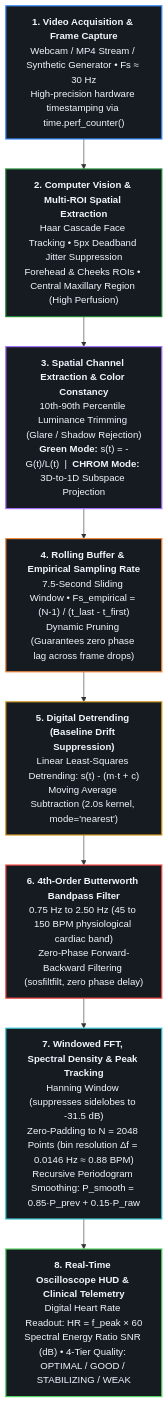
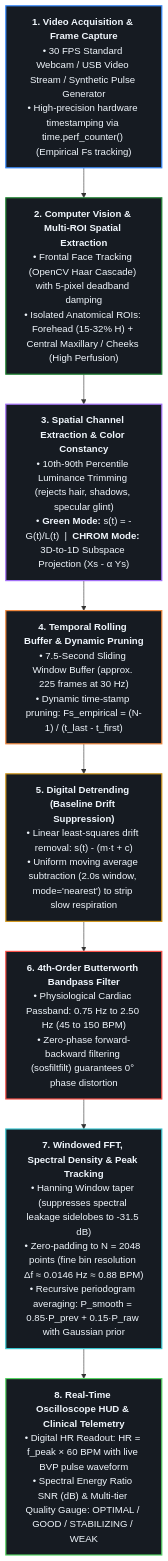
The diagram in README.md (suryasenthilr/rPPG-HeartRate-DSP), drawn with Mermaid before and after one commit. The commit also changed other lines of this file and 3 other files, not shown here.

Commit message:
docs: streamline pipeline diagrams into standalone rich Mermaid flowcharts and remove repetitive PNG

````diff
--- a/README.md
+++ b/README.md
@@ -38,22 +34,22 @@
 ```mermaid
 graph TD
     classDef input fill:#161b22,stroke:#388bfd,stroke-width:2px,color:#f0f6fc;
     classDef cv fill:#161b22,stroke:#238636,stroke-width:2px,color:#f0f6fc;
     classDef spatial fill:#161b22,stroke:#a371f7,stroke-width:2px,color:#f0f6fc;
     classDef buffer fill:#161b22,stroke:#f0883e,stroke-width:2px,color:#f0f6fc;
     classDef detrend fill:#161b22,stroke:#d29922,stroke-width:2px,color:#f0f6fc;
     classDef filter fill:#161b22,stroke:#f85149,stroke-width:2px,color:#f0f6fc;
     classDef spectral fill:#161b22,stroke:#39c5cf,stroke-width:2px,color:#f0f6fc;
     classDef output fill:#161b22,stroke:#56d364,stroke-width:2px,color:#f0f6fc;
 
-    S1["<b>1. Video Acquisition & Frame Capture</b><br/>Webcam / MP4 Stream / Synthetic Generator &bull; Fs ≈ 30 Hz<br/>High-precision hardware timestamping via time.perf_counter()"]:::input
-    S2["<b>2. Computer Vision & Multi-ROI Spatial Extraction</b><br/>Haar Cascade Face Tracking &bull; 5px Deadband Jitter Suppression<br/>Forehead & Cheeks ROIs &bull; Central Maxillary Region (High Perfusion)"]:::cv
-    S3["<b>3. Spatial Channel Extraction & Color Constancy</b><br/>10th-90th Percentile Luminance Trimming (Glare / Shadow Rejection)<br/><b>Green Mode:</b> s(t) = -G(t)/L(t) &nbsp;|&nbsp; <b>CHROM Mode:</b> 3D-to-1D Subspace Projection"]:::spatial
-    S4["<b>4. Rolling Buffer & Empirical Sampling Rate</b><br/>7.5-Second Sliding Window &bull; Fs_empirical = (N-1) / (t_last - t_first)<br/>Dynamic Pruning (Guarantees zero phase lag across frame drops)"]:::buffer
-    S5["<b>5. Digital Detrending (Baseline Drift Suppression)</b><br/>Linear Least-Squares Detrending: s(t) - (m·t + c)<br/>Moving Average Subtraction (2.0s kernel, mode='nearest')"]:::detrend
-    S6["<b>6. 4th-Order Butterworth Bandpass Filter</b><br/>0.75 Hz to 2.50 Hz (45 to 150 BPM physiological cardiac band)<br/>Zero-Phase Forward-Backward Filtering (sosfiltfilt, zero phase delay)"]:::filter
-    S7["<b>7. Windowed FFT, Spectral Density & Peak Tracking</b><br/>Hanning Window (suppresses sidelobes to -31.5 dB)<br/>Zero-Padding to N = 2048 Points (bin resolution Δf = 0.0146 Hz ≈ 0.88 BPM)<br/>Recursive Periodogram Smoothing: P_smooth = 0.85·P_prev + 0.15·P_raw"]:::spectral
-    S8["<b>8. Real-Time Oscilloscope HUD & Clinical Telemetry</b><br/>Digital Heart Rate Readout: HR = f_peak × 60<br/>Spectral Energy Ratio SNR (dB) &bull; 4-Tier Quality: OPTIMAL / GOOD / STABILIZING / WEAK"]:::output
+    S1["<b>1. Video Acquisition & Frame Capture</b><br/>• 30 FPS Standard Webcam / USB Video Stream / Synthetic Pulse Generator<br/>• High-precision hardware timestamping via time.perf_counter() (Empirical Fs tracking)"]:::input
+    S2["<b>2. Computer Vision & Multi-ROI Spatial Extraction</b><br/>• Frontal Face Tracking (OpenCV Haar Cascade) with 5-pixel deadband damping<br/>• Isolated Anatomical ROIs: Forehead (15-32% H) + Central Maxillary / Cheeks (High Perfusion)"]:::cv
+    S3["<b>3. Spatial Channel Extraction & Color Constancy</b><br/>• 10th-90th Percentile Luminance Trimming (rejects hair, shadows, specular glint)<br/>• <b>Green Mode:</b> s(t) = -G(t)/L(t) &nbsp;|&nbsp; <b>CHROM Mode:</b> 3D-to-1D Subspace Projection (Xs - α Ys)"]:::spatial
+    S4["<b>4. Temporal Rolling Buffer & Dynamic Pruning</b><br/>• 7.5-Second Sliding Window Buffer (approx. 225 frames at 30 Hz)<br/>• Dynamic time-stamp pruning: Fs_empirical = (N-1) / (t_last - t_first)"]:::buffer
+    S5["<b>5. Digital Detrending (Baseline Drift Suppression)</b><br/>• Linear least-squares drift removal: s(t) - (m·t + c)<br/>• Uniform moving average subtraction (2.0s window, mode='nearest') to strip slow respiration"]:::detrend
+    S6["<b>6. 4th-Order Butterworth Bandpass Filter</b><br/>• Physiological Cardiac Passband: 0.75 Hz to 2.50 Hz (45 to 150 BPM)<br/>• Zero-phase forward-backward filtering (sosfiltfilt) guarantees 0° phase distortion"]:::filter
+    S7["<b>7. Windowed FFT, Spectral Density & Peak Tracking</b><br/>• Hanning Window taper (suppresses spectral leakage sidelobes to -31.5 dB)<br/>• Zero-padding to N = 2048 points (fine bin resolution Δf ≈ 0.0146 Hz ≈ 0.88 BPM)<br/>• Recursive periodogram averaging: P_smooth = 0.85·P_prev + 0.15·P_raw with Gaussian prior"]:::spectral
+    S8["<b>8. Real-Time Oscilloscope HUD & Clinical Telemetry</b><br/>• Digital HR Readout: HR = f_peak × 60 BPM with live BVP pulse waveform<br/>• Spectral Energy Ratio SNR (dB) & Multi-tier Quality Gauge: OPTIMAL / GOOD / STABILIZING / WEAK"]:::output
 
     S1 --> S2 --> S3 --> S4 --> S5 --> S6 --> S7 --> S8
 ```
````
